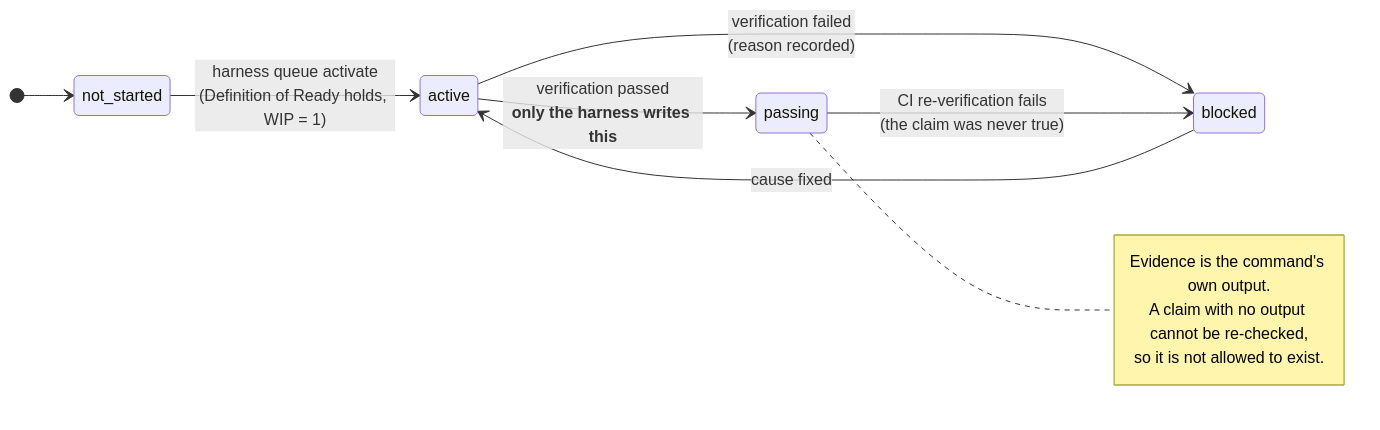
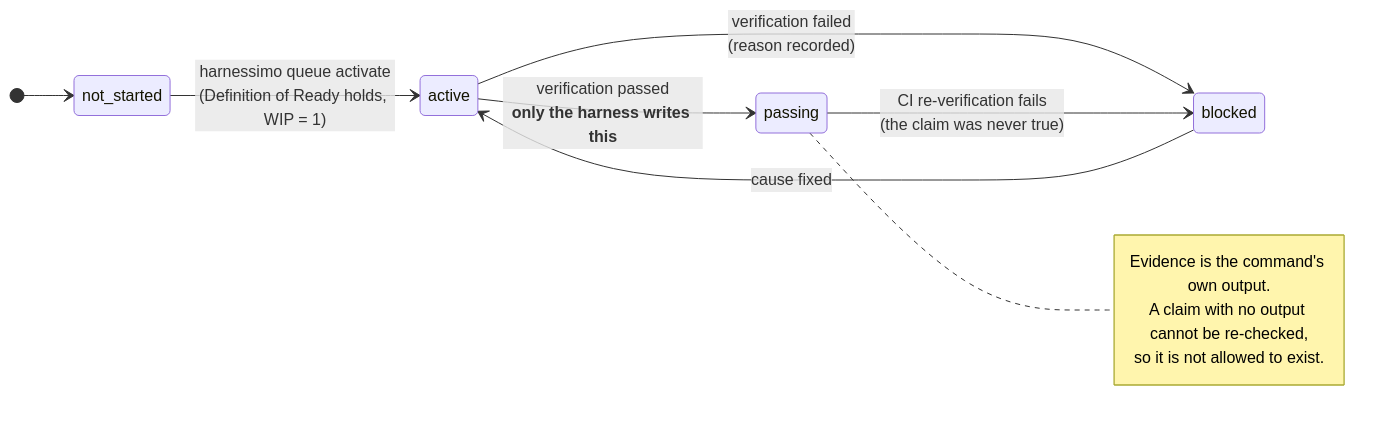
The first of 3 diagrams in docs/STANDARD.md (atamaniuc/Harnessimo), drawn with Mermaid before and after one commit. The commit also changed other lines of this file and 39 other files, not shown here.

````diff
--- a/docs/STANDARD.md
+++ b/docs/STANDARD.md
@@ -82,16 +82,16 @@
 ```mermaid
 stateDiagram-v2
     direction LR
     [*] --> not_started
-    not_started --> active: harness queue activate<br/>(Definition of Ready holds, WIP = 1)
+    not_started --> active: harnessimo queue activate<br/>(Definition of Ready holds, WIP = 1)
     active --> passing: verification passed<br/><b>only the harness writes this</b>
     active --> blocked: verification failed<br/>(reason recorded)
     blocked --> active: cause fixed
     passing --> blocked: CI re-verification fails<br/>(the claim was never true)
 
     note right of passing
         Evidence is the command's own output.
         A claim with no output cannot be re-checked,
         so it is not allowed to exist.
     end note
 ```
````
